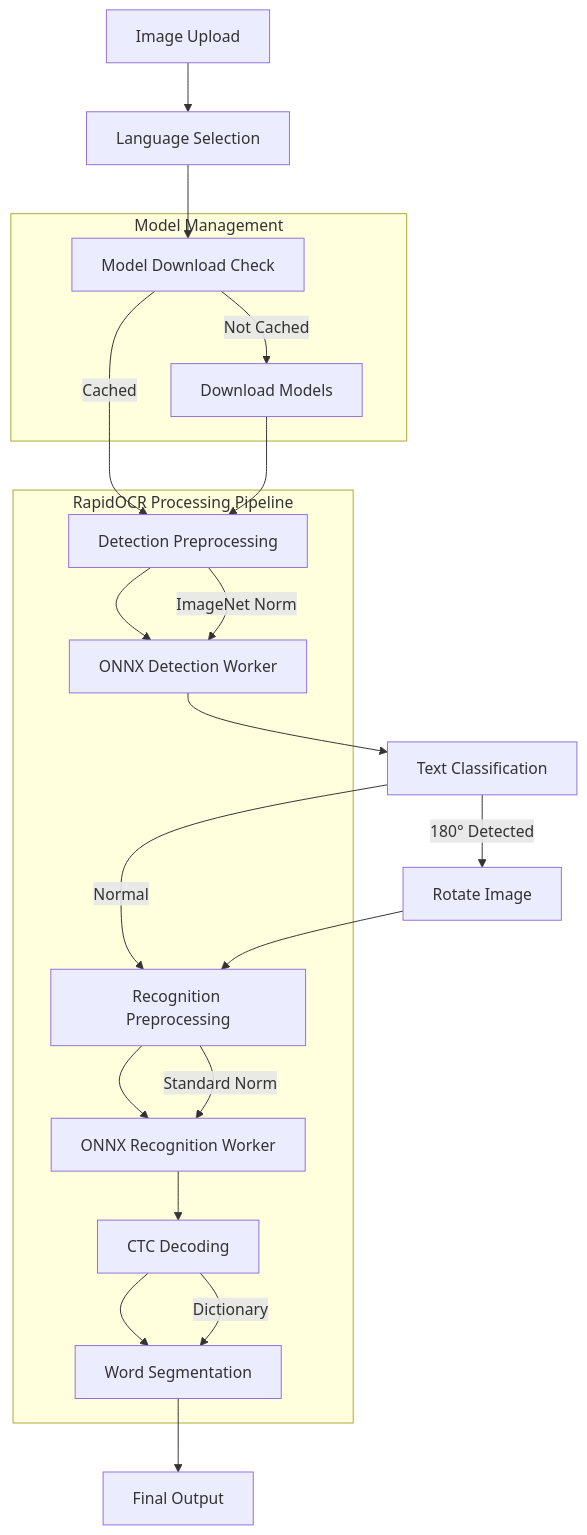
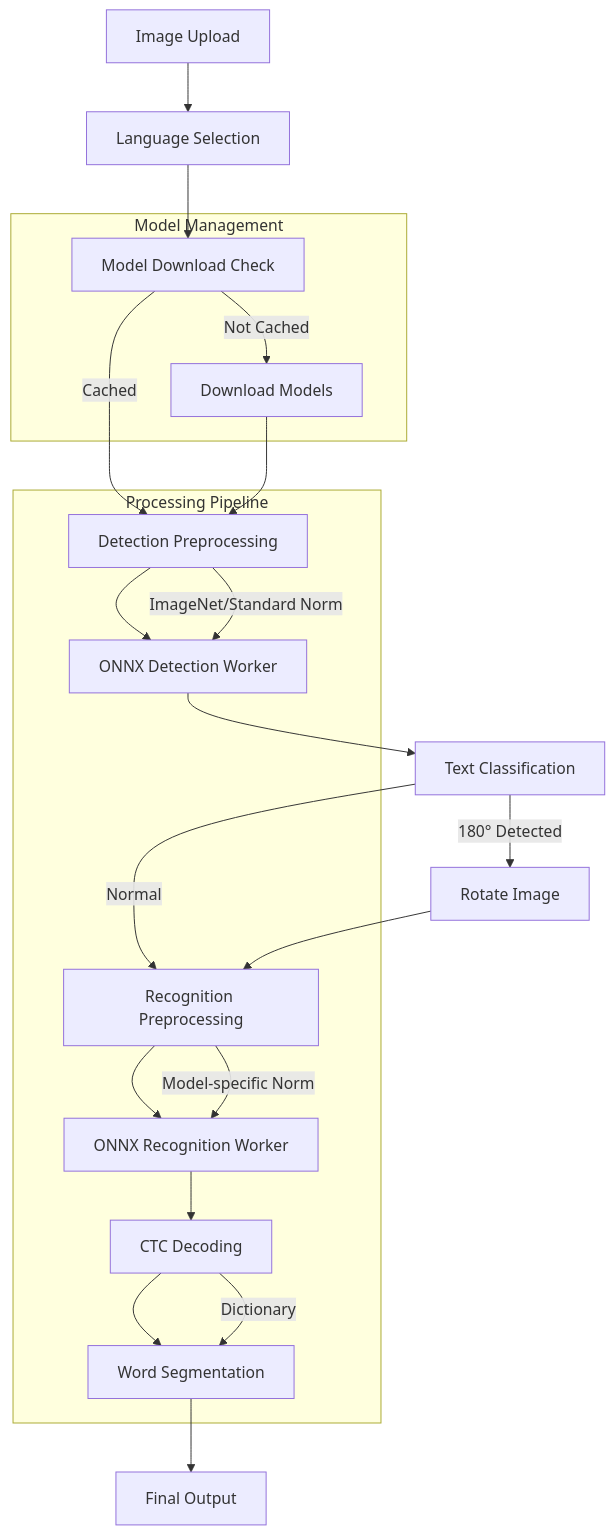
The diagram in README.md (siva-sub/client-ocr), drawn with Mermaid before and after one commit. The commit also changed other lines of this file and 31 other files, not shown here.

````diff
--- a/README.md
+++ b/README.md
@@ -366,28 +370,28 @@
 ```mermaid
 graph TD
     A[Image Upload] --> B[Language Selection]
     B --> C[Model Download Check]
     C -->|Not Cached| D[Download Models]
     C -->|Cached| E[Detection Preprocessing]
     D --> E
     E --> F[ONNX Detection Worker]
     F --> G[Text Classification]
     G -->|180° Detected| H[Rotate Image]
     G -->|Normal| I[Recognition Preprocessing]
     H --> I
     I --> J[ONNX Recognition Worker]
     J --> K[CTC Decoding]
     K --> L[Word Segmentation]
     L --> M[Final Output]
     
-    subgraph RapidOCR Processing Pipeline
-        E -->|ImageNet Norm| F
-        I -->|Standard Norm| J
+    subgraph Processing Pipeline
+        E -->|ImageNet/Standard Norm| F
+        I -->|Model-specific Norm| J
         K -->|Dictionary| L
     end
     
     subgraph Model Management
         C
         D
     end
 ```
````
